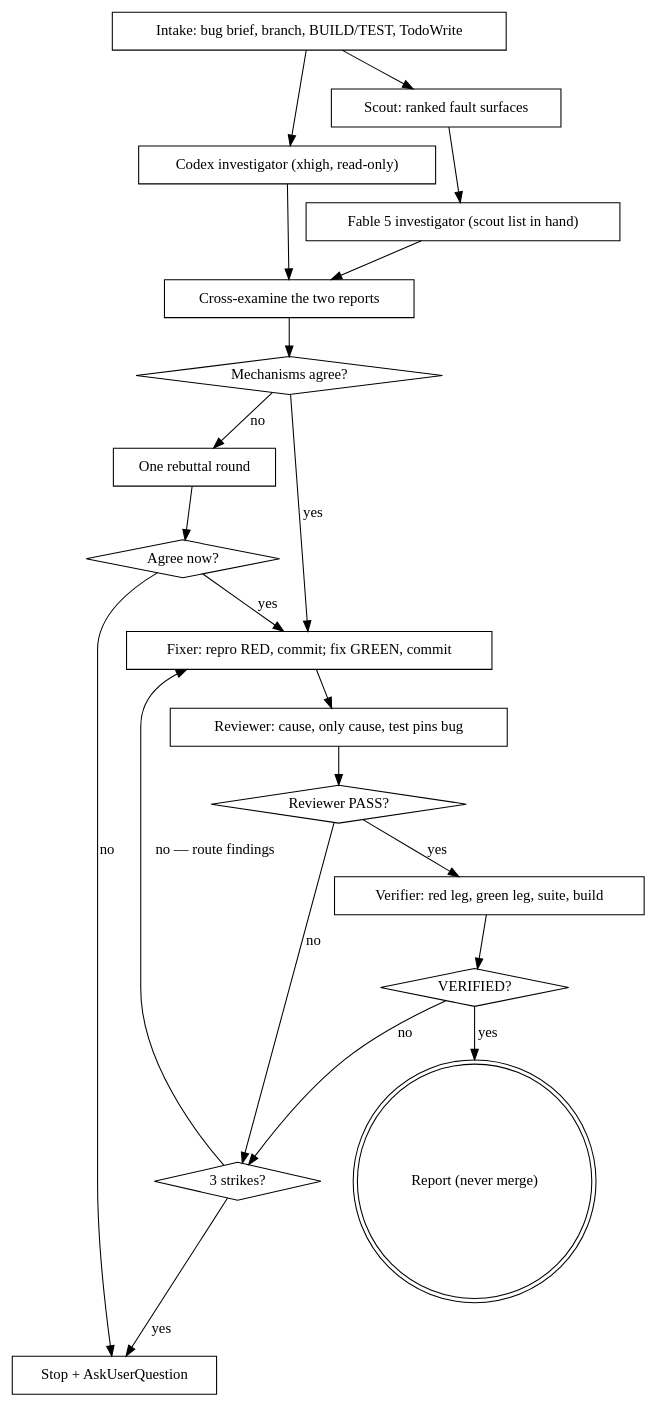
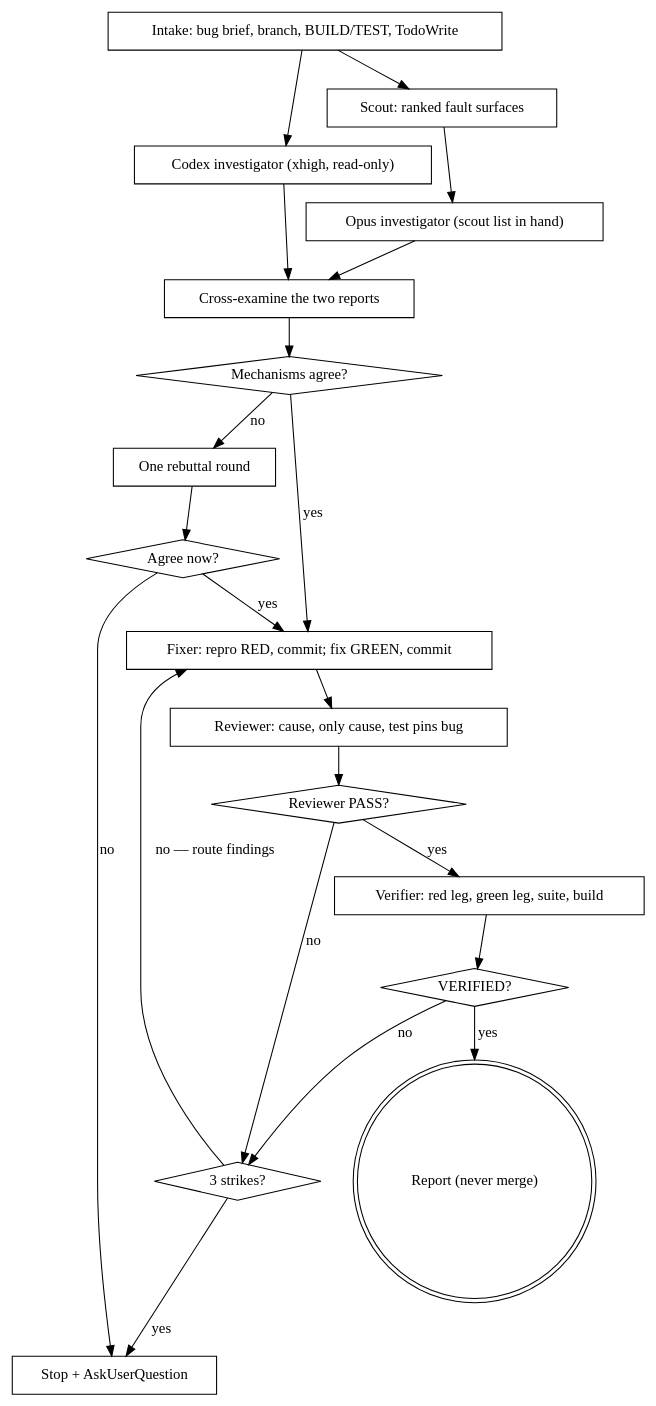
One commit to PythonShe/Repertoire changed the diagram in skills/tuner/SKILL.md. Above: the diagram before and after it, drawn with Graphviz. The commit also changed other lines of this file and 38 other files, not shown here.

First line of the commit message:
feat: retune every subagent seat to Opus at xhigh — Fable 5 suspended by export order

````diff
--- a/skills/tuner/SKILL.md
+++ b/skills/tuner/SKILL.md
@@ -64,42 +64,42 @@
 ```dot
 digraph tuner {
     rankdir=TB;
     "Intake: bug brief, branch, BUILD/TEST, TodoWrite" [shape=box];
     "Codex investigator (xhigh, read-only)" [shape=box];
     "Scout: ranked fault surfaces" [shape=box];
-    "Fable 5 investigator (scout list in hand)" [shape=box];
+    "Opus investigator (scout list in hand)" [shape=box];
     "Cross-examine the two reports" [shape=box];
     "Mechanisms agree?" [shape=diamond];
     "One rebuttal round" [shape=box];
     "Agree now?" [shape=diamond];
     "Fixer: repro RED, commit; fix GREEN, commit" [shape=box];
     "Reviewer: cause, only cause, test pins bug" [shape=box];
     "Reviewer PASS?" [shape=diamond];
     "Verifier: red leg, green leg, suite, build" [shape=box];
     "VERIFIED?" [shape=diamond];
     "3 strikes?" [shape=diamond];
     "Stop + AskUserQuestion" [shape=box];
     "Report (never merge)" [shape=doublecircle];
 
     "Intake: bug brief, branch, BUILD/TEST, TodoWrite" -> "Codex investigator (xhigh, read-only)";
     "Intake: bug brief, branch, BUILD/TEST, TodoWrite" -> "Scout: ranked fault surfaces";
-    "Scout: ranked fault surfaces" -> "Fable 5 investigator (scout list in hand)";
+    "Scout: ranked fault surfaces" -> "Opus investigator (scout list in hand)";
     "Codex investigator (xhigh, read-only)" -> "Cross-examine the two reports";
-    "Fable 5 investigator (scout list in hand)" -> "Cross-examine the two reports";
+    "Opus investigator (scout list in hand)" -> "Cross-examine the two reports";
     "Cross-examine the two reports" -> "Mechanisms agree?";
     "Mechanisms agree?" -> "Fixer: repro RED, commit; fix GREEN, commit" [label="yes"];
     "Mechanisms agree?" -> "One rebuttal round" [label="no"];
     "One rebuttal round" -> "Agree now?";
     "Agree now?" -> "Fixer: repro RED, commit; fix GREEN, commit" [label="yes"];
     "Agree now?" -> "Stop + AskUserQuestion" [label="no"];
     "Fixer: repro RED, commit; fix GREEN, commit" -> "Reviewer: cause, only cause, test pins bug";
     "Reviewer: cause, only cause, test pins bug" -> "Reviewer PASS?";
     "Reviewer PASS?" -> "Verifier: red leg, green leg, suite, build" [label="yes"];
     "Reviewer PASS?" -> "3 strikes?" [label="no"];
     "Verifier: red leg, green leg, suite, build" -> "VERIFIED?";
     "VERIFIED?" -> "Report (never merge)" [label="yes"];
     "VERIFIED?" -> "3 strikes?" [label="no"];
     "3 strikes?" -> "Fixer: repro RED, commit; fix GREEN, commit" [label="no — route findings"];
     "3 strikes?" -> "Stop + AskUserQuestion" [label="yes"];
 }
 ```
````
